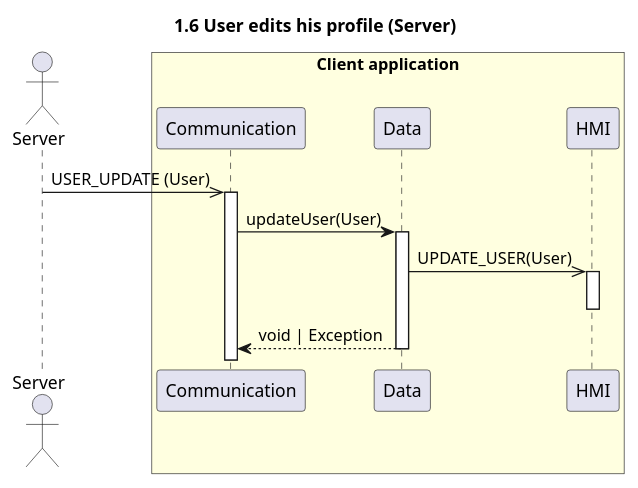
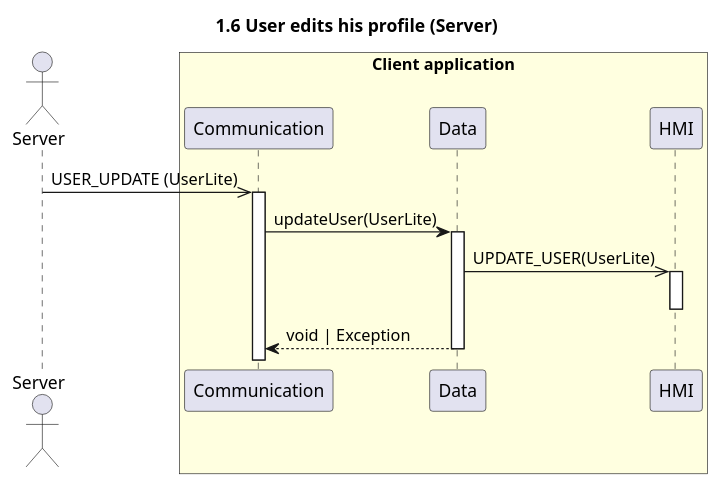
Before and after one commit to UTCAI12/Diagrams: the diagram in sequence/1.6.user_edits_profile_others.puml, drawn with PlantUML. The commit also changed 7 other files, not shown here.

```diff
--- a/sequence/1.6.user_edits_profile_others.puml
+++ b/sequence/1.6.user_edits_profile_others.puml
@@ -1,16 +1,16 @@
 @startuml 1.6 User edits his profile (Server)
 title 1.6 User edits his profile (Server)
 
 actor "Server" as server
 box "Client application" #LightYellow
     participant "Communication" as com
     participant "Data" as data
     participant "HMI" as hmi
 end box
 
-server ->> com++: USER_UPDATE (User)
-com->data++: updateUser(User)
-data->>hmi++:UPDATE_USER(User)
+server ->> com++: USER_UPDATE (UserLite)
+com->data++: updateUser(UserLite)
+data->>hmi++:UPDATE_USER(UserLite)
 deactivate hmi
 return void | Exception
 @enduml
```
